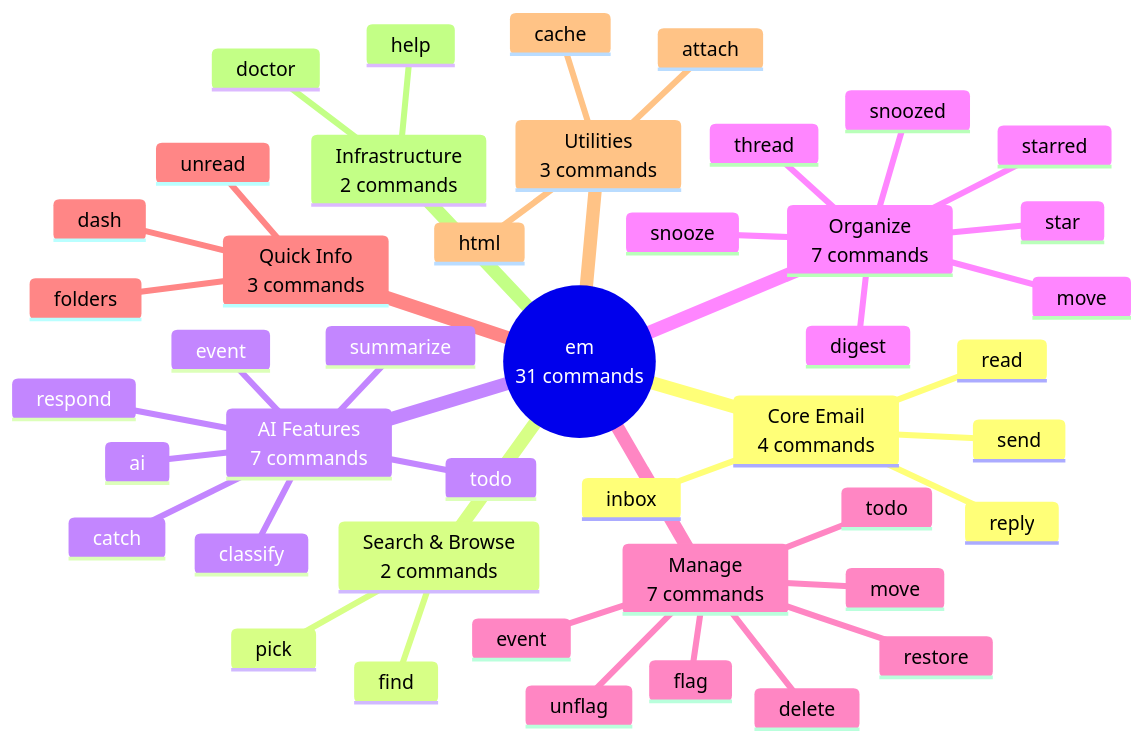
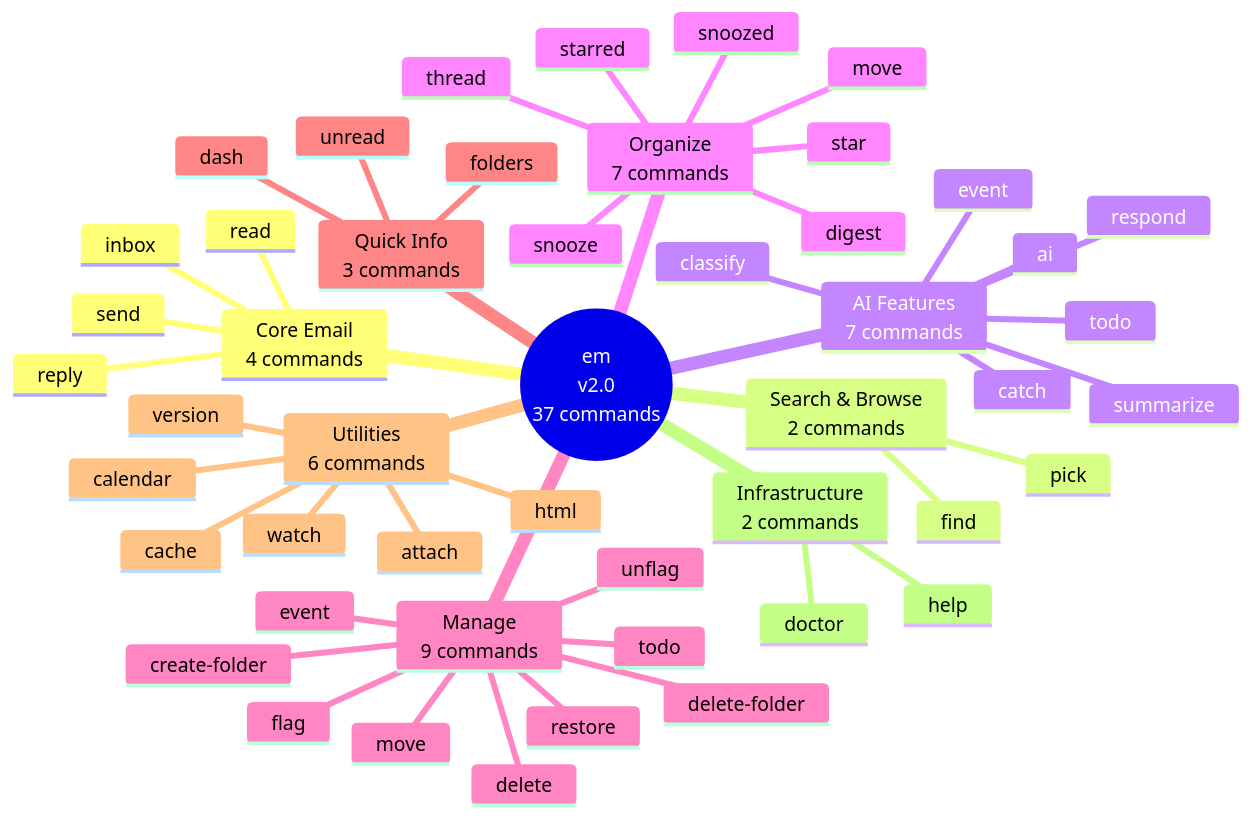
Before and after one commit to Data-Wise/flow-cli: the first of 2 diagrams in docs/reference/REFCARD-EMAIL-DISPATCHER.md, drawn with Mermaid. The commit also changed other lines of this file and 1 other file, not shown here.

````diff
--- a/docs/reference/REFCARD-EMAIL-DISPATCHER.md
+++ b/docs/reference/REFCARD-EMAIL-DISPATCHER.md
@@ -13,47 +16,52 @@
 ```mermaid
 mindmap
-  root((em<br/>31 commands))
+  root((em<br/>v2.0<br/>37 commands))
     Core Email<br/>4 commands
       inbox
       read
       send
       reply
     Search & Browse<br/>2 commands
       find
       pick
     AI Features<br/>7 commands
       respond
       classify
       summarize
       ai
       catch
       todo
       event
     Organize<br/>7 commands
       star
       starred
       move
       thread
       snooze
       snoozed
       digest
-    Manage<br/>7 commands
+    Manage<br/>9 commands
       delete
       move
       restore
       flag
       unflag
       todo
       event
+      create-folder
+      delete-folder
     Quick Info<br/>3 commands
       unread
       dash
       folders
-    Utilities<br/>3 commands
+    Utilities<br/>6 commands
       attach
       html
       cache
+      calendar
+      watch
+      version
     Infrastructure<br/>2 commands
       doctor
       help
 ```
````
